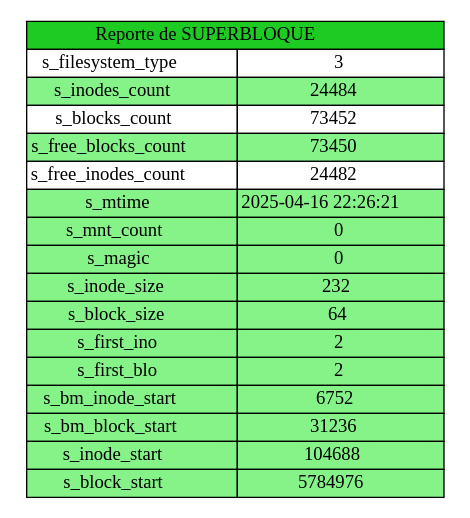
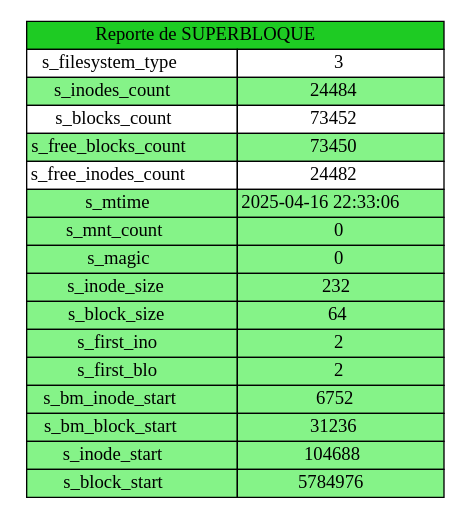
The diagram in reports/p4_r5_sb.dot (melgxrga/MIA_1S2025_P2_202302549), drawn with Graphviz before and after one commit. The commit also changed 7 other files, not shown here.

```diff
--- a/reports/p4_r5_sb.dot
+++ b/reports/p4_r5_sb.dot
@@ -1,24 +1,24 @@
 digraph {
 	node [shape=plaintext]
 	table [label=<
 		<TABLE BORDER="0" CELLBORDER="1" CELLSPACING="0">
 			<TR><TD bgcolor="#1ECB23" COLSPAN="2"> Reporte de SUPERBLOQUE </TD></TR>
 			<TR><TD> s_filesystem_type </TD><TD>3</TD></TR>
 			<TR><TD bgcolor="#85F388"> s_inodes_count </TD><TD bgcolor="#85F388">24484</TD></TR>
 			<TR><TD> s_blocks_count </TD><TD>73452</TD></TR>
 			<TR><TD bgcolor="#85F388"> s_free_blocks_count </TD><TD bgcolor="#85F388">73450</TD></TR>
 			<TR><TD> s_free_inodes_count </TD><TD>24482</TD></TR>
-			<TR><TD bgcolor="#85F388"> s_mtime </TD><TD bgcolor="#85F388">2025-04-16 22:26:21</TD></TR>
+			<TR><TD bgcolor="#85F388"> s_mtime </TD><TD bgcolor="#85F388">2025-04-16 22:33:06</TD></TR>
 			<TR><TD bgcolor="#85F388"> s_mnt_count </TD><TD bgcolor="#85F388">0</TD></TR>
 			<TR><TD bgcolor="#85F388"> s_magic </TD><TD bgcolor="#85F388">0</TD></TR>
 			<TR><TD bgcolor="#85F388"> s_inode_size </TD><TD bgcolor="#85F388">232</TD></TR>
 			<TR><TD bgcolor="#85F388"> s_block_size </TD><TD bgcolor="#85F388">64</TD></TR>
 			<TR><TD bgcolor="#85F388"> s_first_ino </TD><TD bgcolor="#85F388">2</TD></TR>
 			<TR><TD bgcolor="#85F388"> s_first_blo </TD><TD bgcolor="#85F388">2</TD></TR>
 			<TR><TD bgcolor="#85F388"> s_bm_inode_start </TD><TD bgcolor="#85F388">6752</TD></TR>
 			<TR><TD bgcolor="#85F388"> s_bm_block_start </TD><TD bgcolor="#85F388">31236</TD></TR>
 			<TR><TD bgcolor="#85F388"> s_inode_start </TD><TD bgcolor="#85F388">104688</TD></TR>
 			<TR><TD bgcolor="#85F388"> s_block_start </TD><TD bgcolor="#85F388">5784976</TD></TR>
 		</TABLE>
 	>]
 }
```
